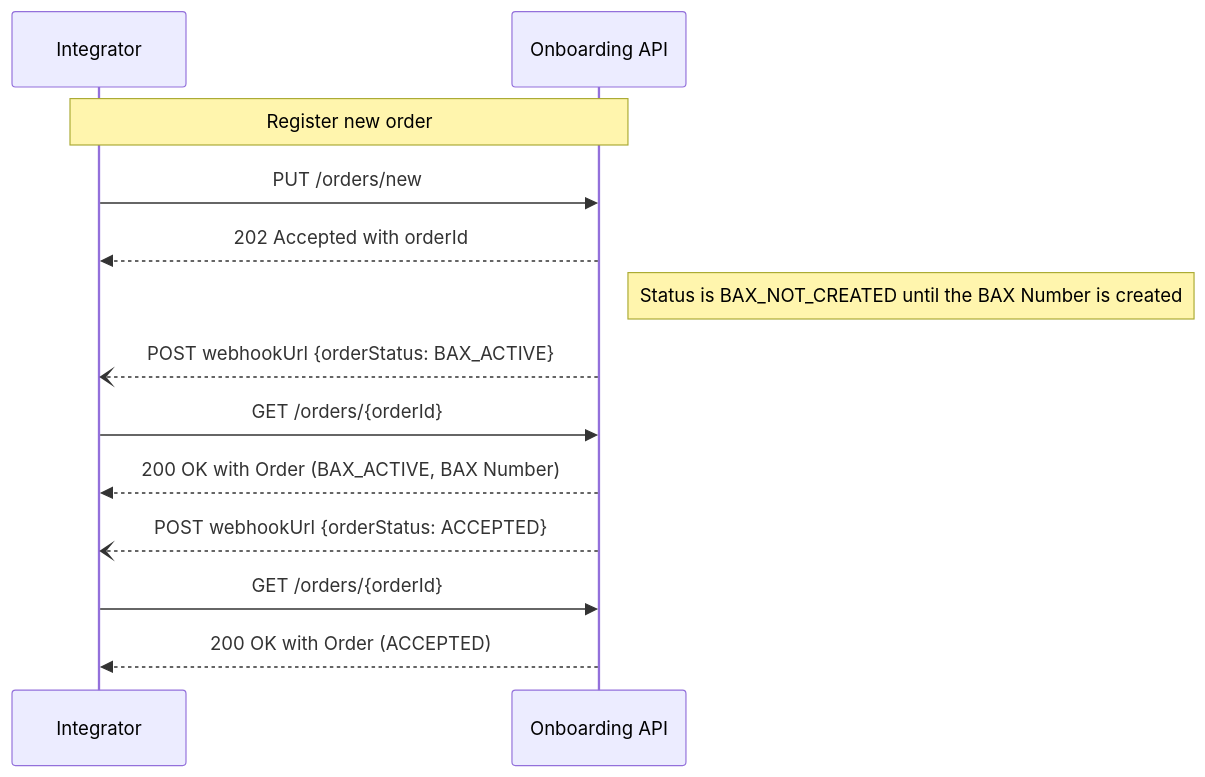
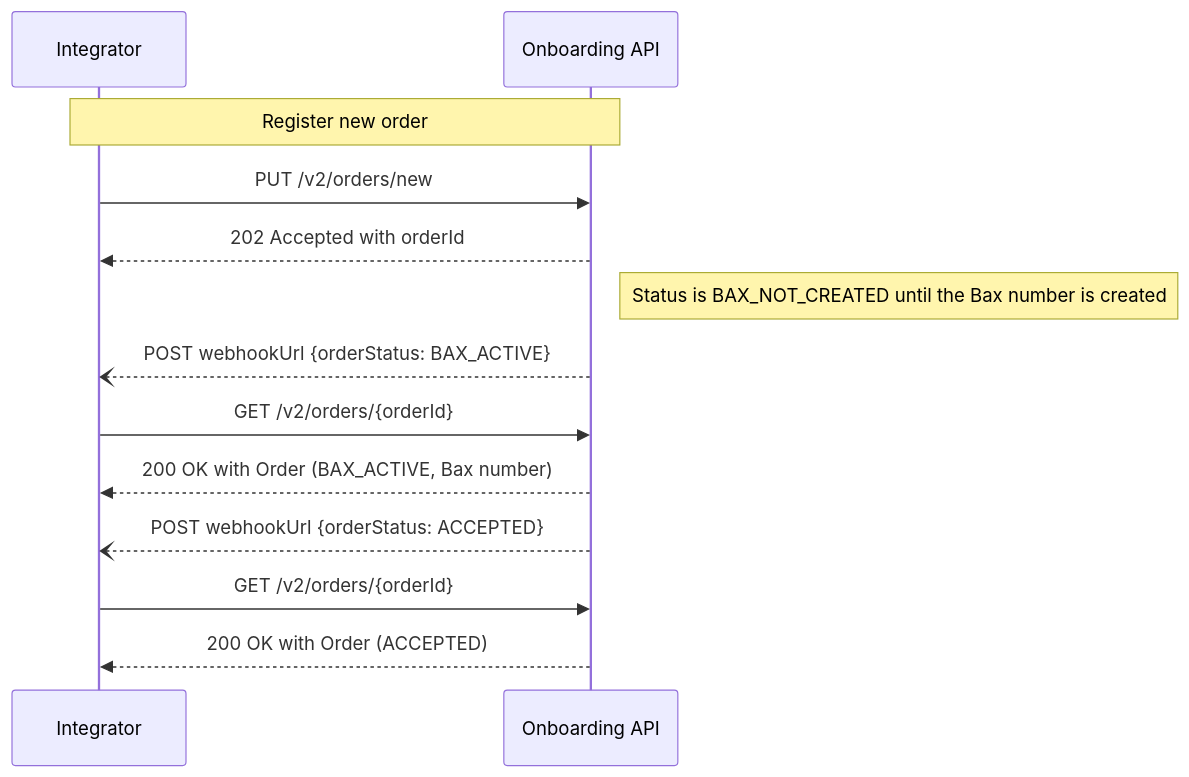
The second of 9 diagrams in docs/prod_flows.md (BankAxept/bankaxept-onboarding-external-documentation), drawn with Mermaid before and after one commit. The commit also changed other lines of this file and 7 other files, not shown here.

````diff
--- a/docs/prod_flows.md
+++ b/docs/prod_flows.md
@@ -40,18 +40,18 @@
 ```mermaid
 sequenceDiagram
 participant I as Integrator
 participant O as Onboarding API
 
 note over I, O: Register new order
-I ->> O: PUT /orders/new
+I ->> O: PUT /v2/orders/new
 O -->> I: 202 Accepted with orderId
-note right of O: Status is BAX_NOT_CREATED until the BAX Number is created
+note right of O: Status is BAX_NOT_CREATED until the Bax number is created
 
 O --) I: POST webhookUrl {orderStatus: BAX_ACTIVE}
-I ->> O : GET /orders/{orderId}
-O -->> I: 200 OK with Order (BAX_ACTIVE, BAX Number)
+I ->> O : GET /v2/orders/{orderId}
+O -->> I: 200 OK with Order (BAX_ACTIVE, Bax number)
 
 O --) I: POST webhookUrl {orderStatus: ACCEPTED}
-I ->> O : GET /orders/{orderId}
+I ->> O : GET /v2/orders/{orderId}
 O -->> I: 200 OK with Order (ACCEPTED)
 ```
````
